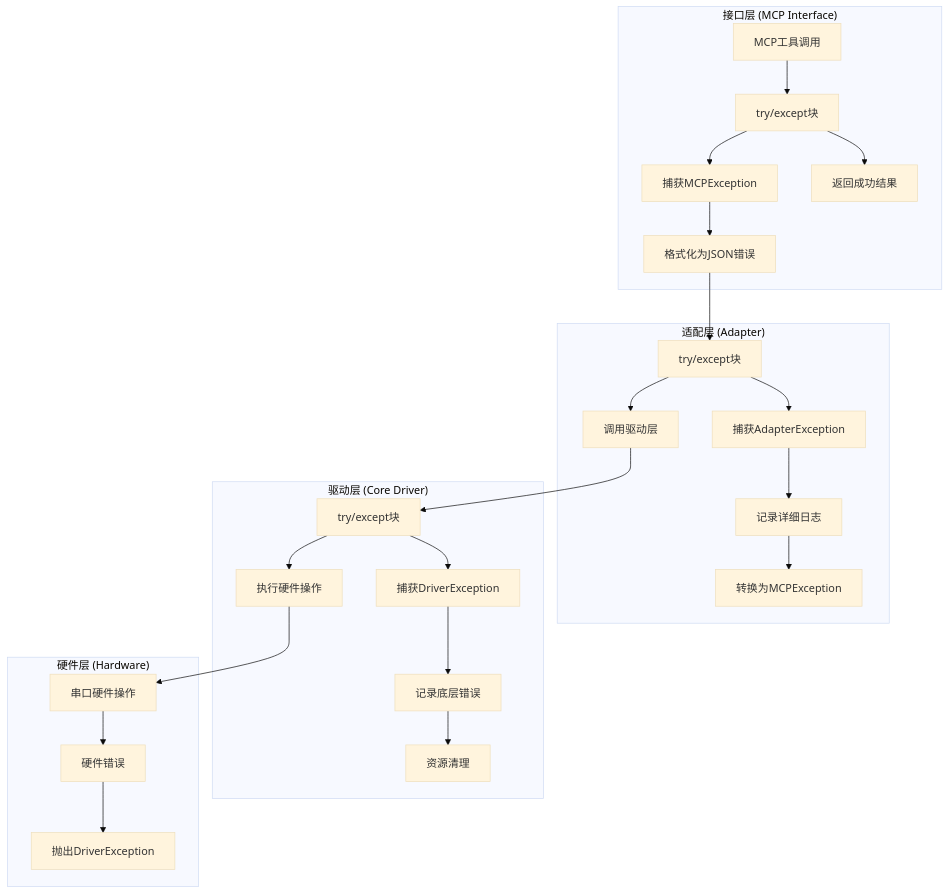
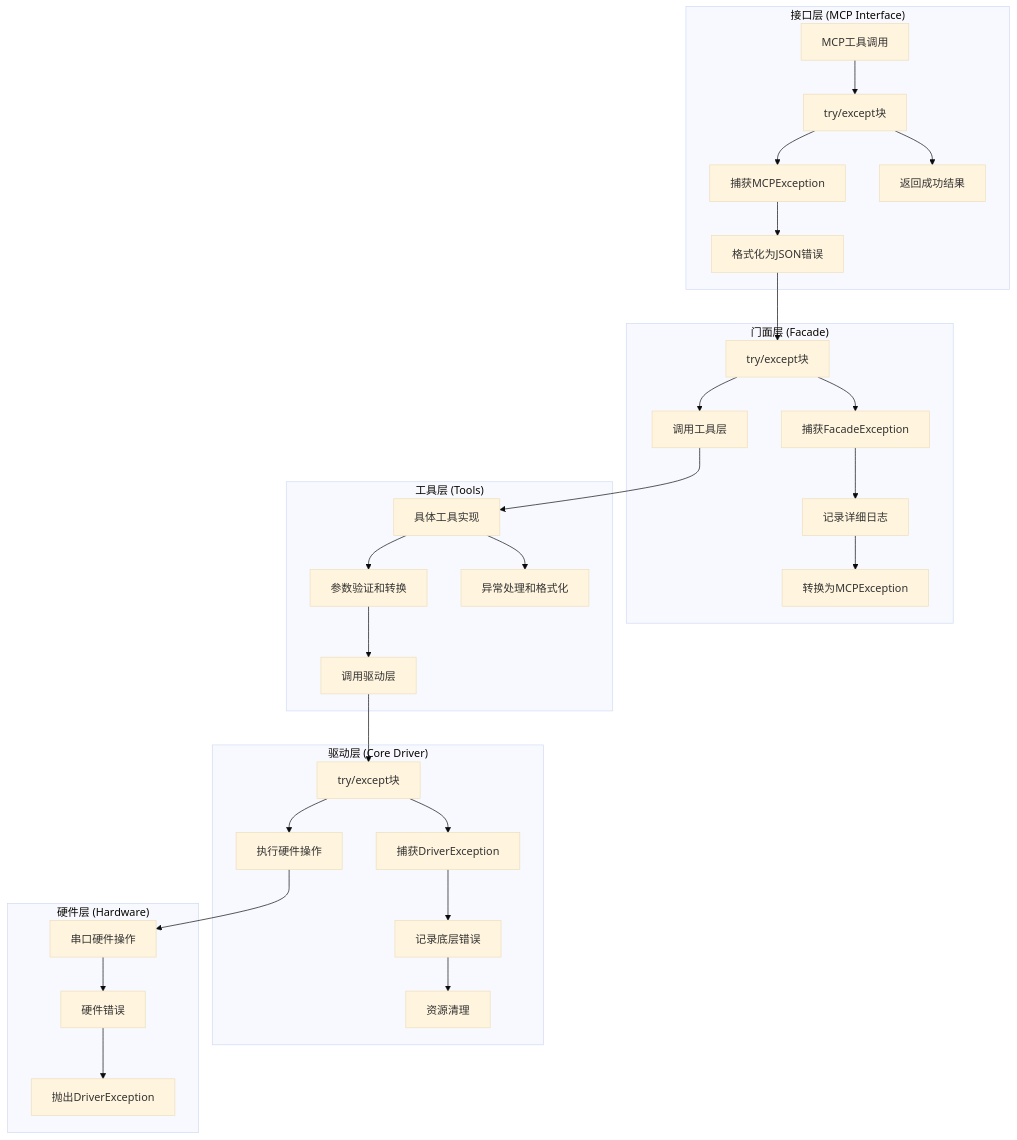
One commit to niusulong/serial2mcp1 changed the first of 2 diagrams in doc/06-软件实现架构文档 - 实现细节.md. Above: the diagram before and after it, drawn with Mermaid (base theme). The commit also changed other lines of this file and 14 other files, not shown here.

````diff
--- a/doc/06-软件实现架构文档 - 实现细节.md
+++ b/doc/06-软件实现架构文档 - 实现细节.md
@@ -176,31 +186,38 @@
 ```mermaid
 flowchart TD
     subgraph "接口层 (MCP Interface)"
         A[MCP工具调用] --> B[try/except块]
         B --> C[捕获MCPException]
         C --> D[格式化为JSON错误]
         B --> E[返回成功结果]
     end
 
-    subgraph "适配层 (Adapter)"
+    subgraph "门面层 (Facade)"
         D --> F[try/except块]
-        F --> G[捕获AdapterException]
+        F --> G[捕获FacadeException]
         G --> H[记录详细日志]
         H --> I[转换为MCPException]
-        F --> J[调用驱动层]
+        F --> J[调用工具层]
+    end
+
+    subgraph "工具层 (Tools)"
+        J --> K1[具体工具实现]
+        K1 --> L1[参数验证和转换]
+        L1 --> M1[调用驱动层]
+        K1 --> N1[异常处理和格式化]
     end
 
     subgraph "驱动层 (Core Driver)"
-        J --> K[try/except块]
+        M1 --> K[try/except块]
         K --> L[捕获DriverException]
         L --> M[记录底层错误]
         M --> N[资源清理]
         K --> O[执行硬件操作]
     end
 
     subgraph "硬件层 (Hardware)"
         O --> P[串口硬件操作]
         P --> Q[硬件错误]
         Q --> R[抛出DriverException]
     end
 ```
````
